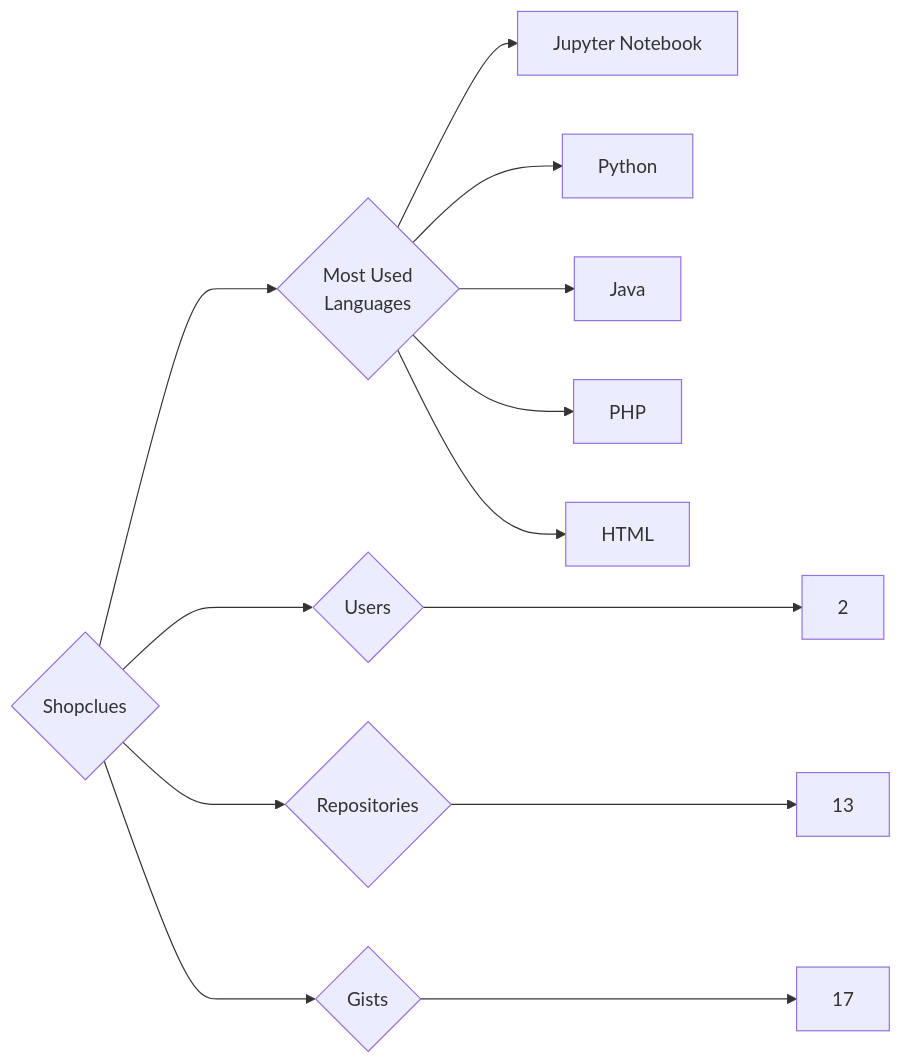
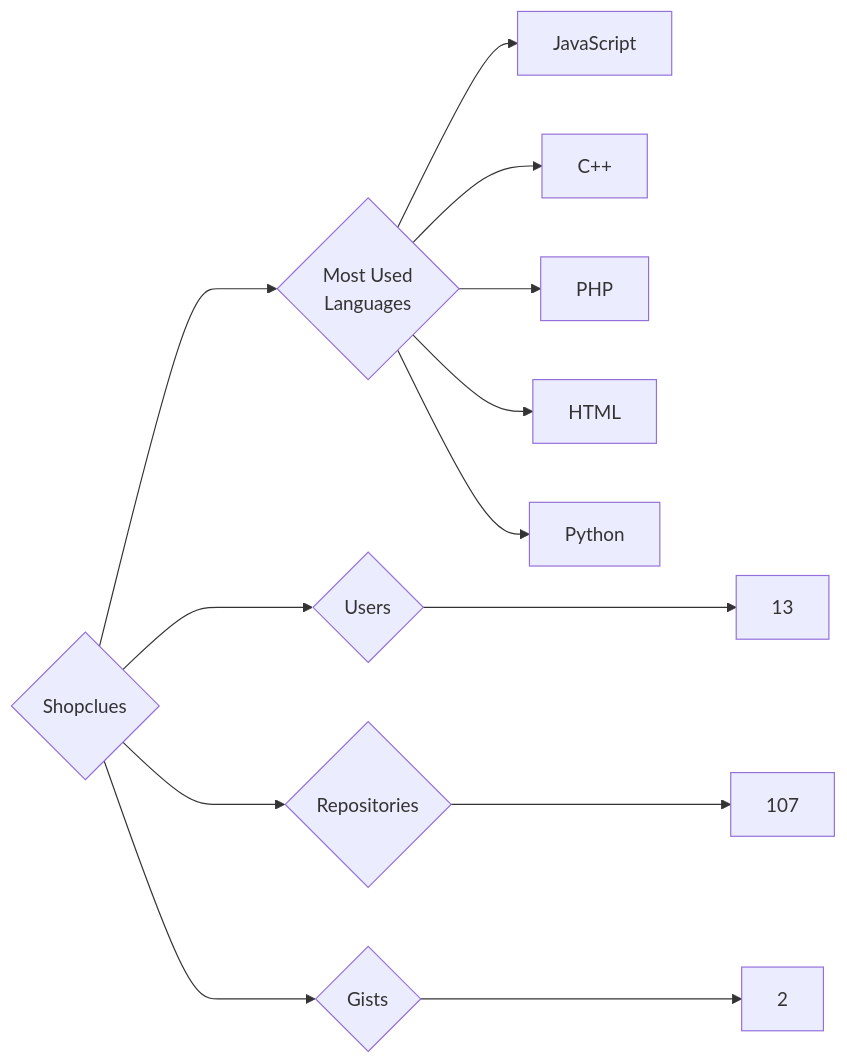
Before and after one commit to trickest/insiders: the diagram in targets/Shopclues/README.md, drawn with Mermaid. The commit also changed 835 other files, not shown here.

````diff
--- a/targets/Shopclues/README.md
+++ b/targets/Shopclues/README.md
@@ -3,13 +3,13 @@
 ```mermaid
 graph LR
 COMPANY_NAME{Shopclues}
-COMPANY_NAME ---> U{Users} ---> UN[2]
-COMPANY_NAME ---> R{Repositories} ---> RN[13]
-COMPANY_NAME ---> G{Gists} ---> GN[17]
+COMPANY_NAME ---> U{Users} ---> UN[13]
+COMPANY_NAME ---> R{Repositories} ---> RN[107]
+COMPANY_NAME ---> G{Gists} ---> GN[2]
 COMPANY_NAME ---> ML{Most Used<br>Languages}
-ML --> Jupyter_Notebook[Jupyter Notebook]
-ML --> Python[Python]
-ML --> Java[Java]
+ML --> JavaScript[JavaScript]
+ML --> C++[C++]
 ML --> PHP[PHP]
 ML --> HTML[HTML]
+ML --> Python[Python]
 ```
````
